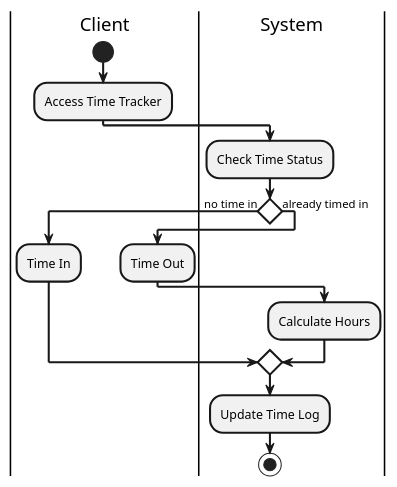
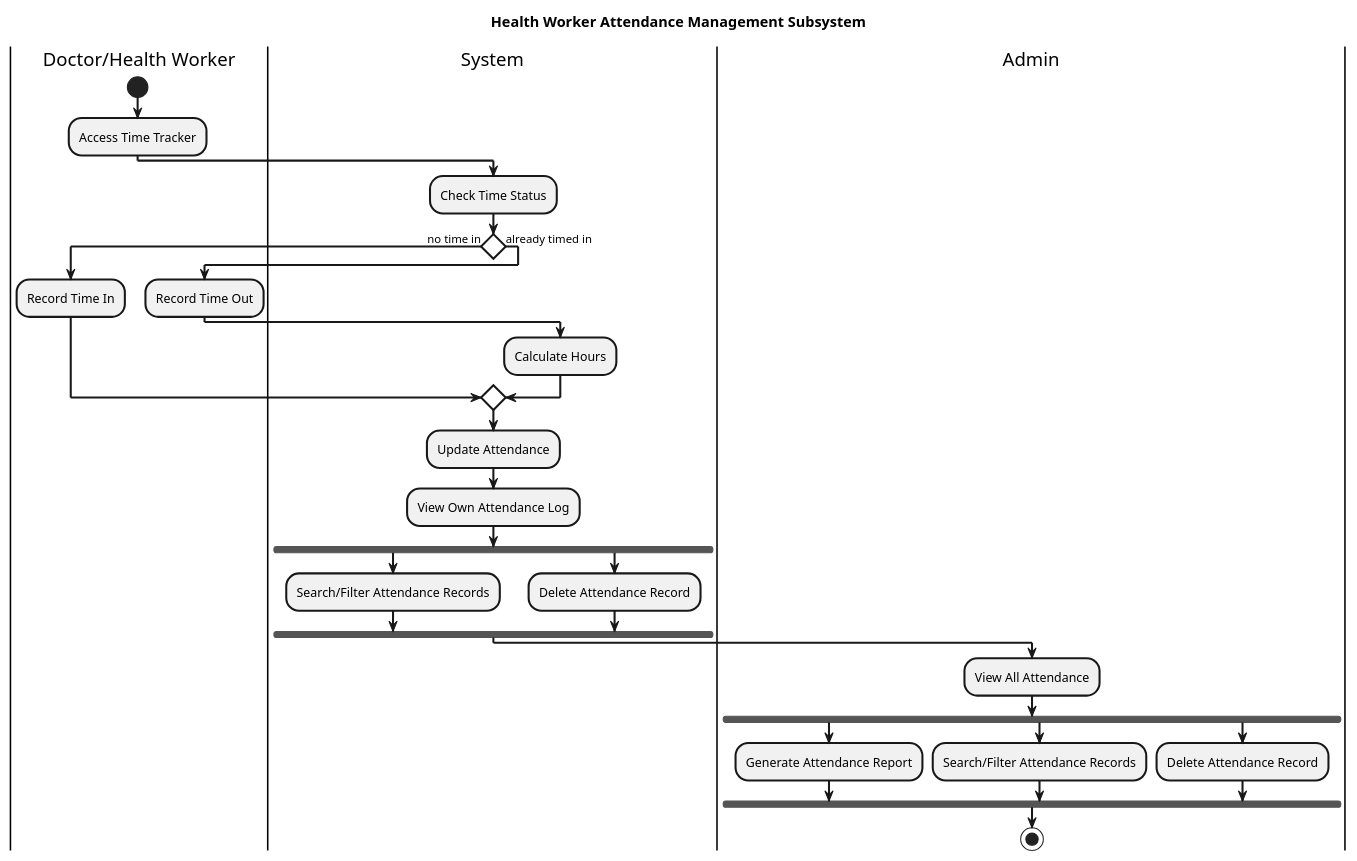
Before and after one commit to KuroKage-001/Mamatid_MedClinic: the diagram in dist/02 - diagrams/Activity_Diagrams/time_tracker_activity.puml, drawn with PlantUML. The commit also changed 5 other files, not shown here.

```diff
--- a/dist/02 - diagrams/Activity_Diagrams/time_tracker_activity.puml
+++ b/dist/02 - diagrams/Activity_Diagrams/time_tracker_activity.puml
@@ -1,30 +1,51 @@
 @startuml
 skinparam defaultTextAlignment center
 skinparam ArrowThickness 2
 skinparam ActivityBorderThickness 2
 skinparam ActivityDiamondBackgroundColor white
 skinparam ActivityDiamondBorderThickness 2
 
-|Client|
+title Health Worker Attendance Management Subsystem
+
+|Doctor/Health Worker|
 start
 :Access Time Tracker;
 
 |System|
 :Check Time Status;
 
 if () then (no time in)
-  |Client|
-  :Time In;
+  |Doctor/Health Worker|
+  :Record Time In;
 else (already timed in)
-  |Client|
-  :Time Out;
+  |Doctor/Health Worker|
+  :Record Time Out;
   
   |System|
   :Calculate Hours;
 endif
 
-:Update Time Log;
+:Update Attendance;
+:View Own Attendance Log;
+
+|System|
+fork
+  :Search/Filter Attendance Records;
+fork again
+  :Delete Attendance Record;
+end fork
+
+|Admin|
+:View All Attendance;
+
+fork
+  :Generate Attendance Report;
+fork again
+  :Search/Filter Attendance Records;
+fork again
+  :Delete Attendance Record;
+end fork
 
 stop
 
 @enduml 
```
